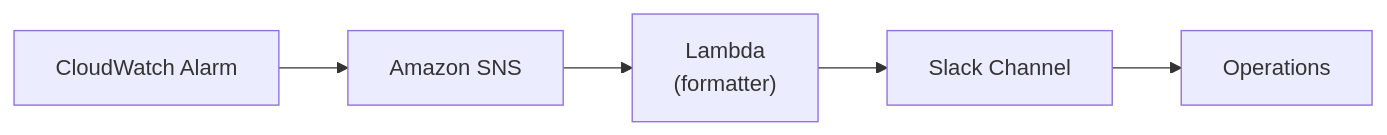
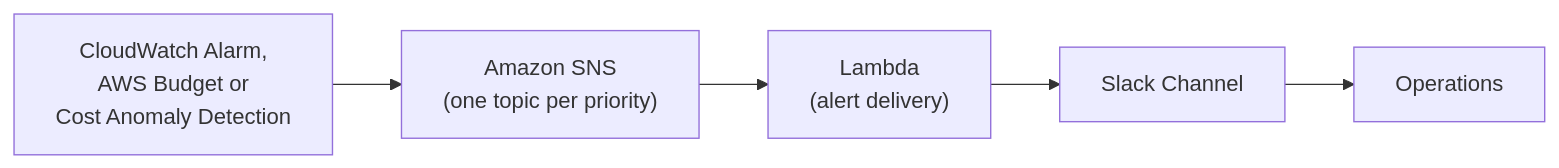
Before and after one commit to NgGiaToan/testing-terraform: the fourth of 4 diagrams in monitoring.md, drawn with Mermaid. The commit also changed other lines of this file and 127 other files, not shown here.

````diff
--- a/monitoring.md
+++ b/monitoring.md
@@ -201,13 +226,13 @@
 ```mermaid
 flowchart LR
   direction LR
-  ALARM["CloudWatch Alarm"]
-  SNS["Amazon SNS"]
+  ALARM["CloudWatch Alarm,<br/>AWS Budget or<br/>Cost Anomaly Detection"]
+  SNS["Amazon SNS<br/>(one topic per priority)"]
   ALARM --> SNS
 
-  LAM["Lambda<br/>(formatter)"]
+  LAM["Lambda<br/>(alert delivery)"]
 
   SNS --> LAM
   LAM --> SLK["Slack Channel"]
   SLK --> OPS["Operations"]
 ```
````
